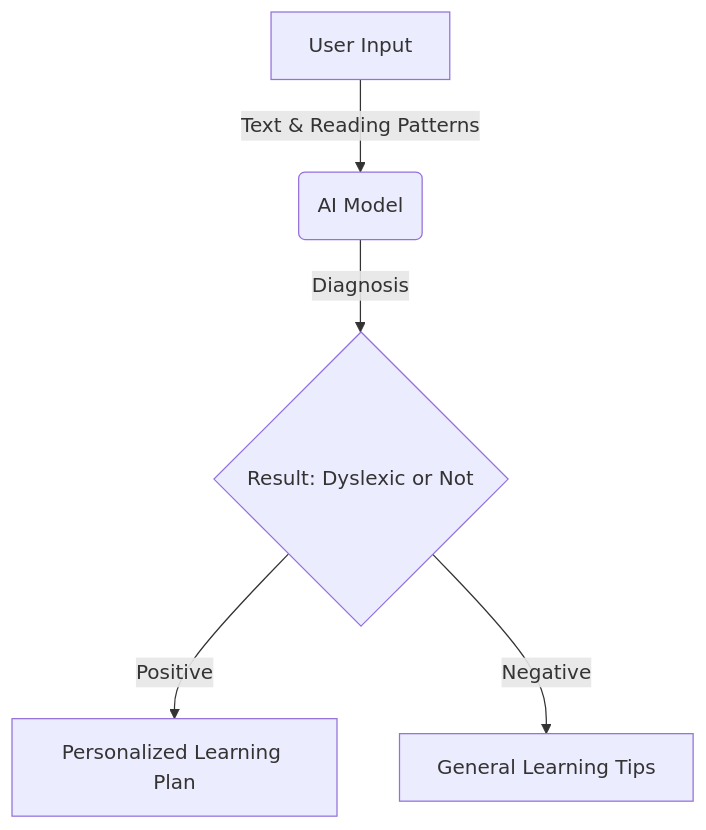
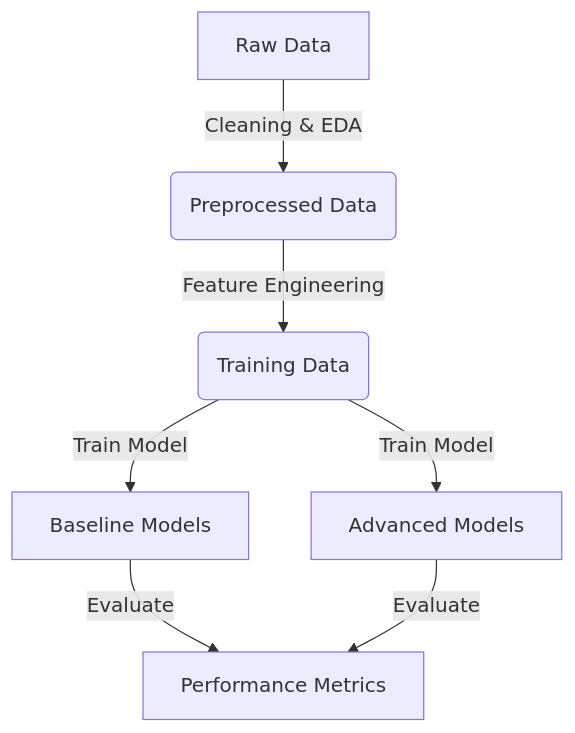
One commit to VictorCodebase/SRIS changed the third of 5 diagrams in ROADMAP.md. Above: the diagram before and after it, drawn with Mermaid. The commit also changed other lines of this file, not shown here.

````diff
--- a/ROADMAP.md
+++ b/ROADMAP.md
@@ -46,7 +71,9 @@
 ```mermaid
-flowchart TD;
-    A[User Input] -->|Text & Reading Patterns| B(AI Model);
-    B -->|Diagnosis| C{Result: Dyslexic or Not};
-    C -->|Positive| D[Personalized Learning Plan];
-    C -->|Negative| E[General Learning Tips];
+graph TD;
+  A[Raw Data] -->|Cleaning & EDA| B(Preprocessed Data);
+  B -->|Feature Engineering| C(Training Data);
+  C -->|Train Model| D[Baseline Models];
+  C -->|Train Model| E[Advanced Models];
+  D -->|Evaluate| F[Performance Metrics];
+  E -->|Evaluate| F;
 ```
````
